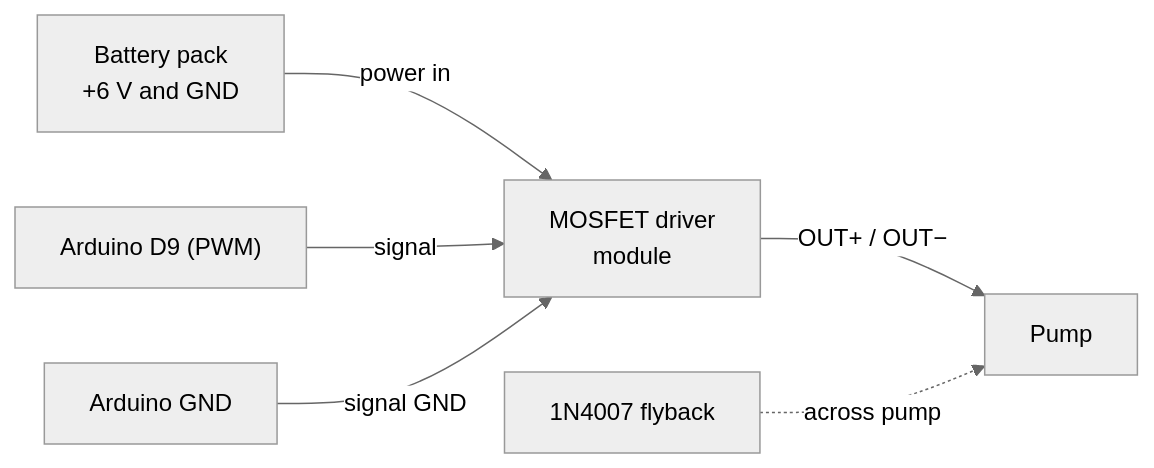
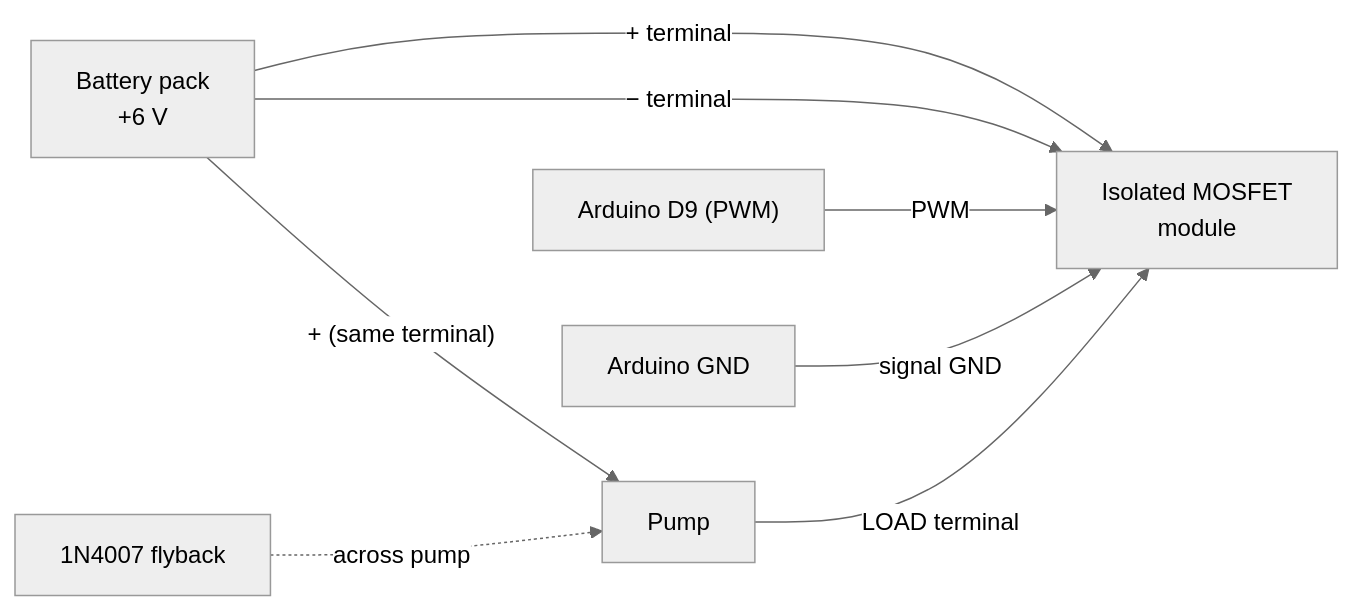
One commit to Rollie321/acads-notes changed the diagram in Feedback/Finals/Project/project-1/02-material-requirements.md. Above: the diagram before and after it, drawn with Mermaid (neutral theme). The commit also changed other lines of this file and 6 other files, not shown here.

Commit message:
update schematics for water-level-sensor

````diff
--- a/Feedback/Finals/Project/project-1/02-material-requirements.md
+++ b/Feedback/Finals/Project/project-1/02-material-requirements.md
@@ -146,8 +136,10 @@
 ```mermaid
 flowchart LR
-    BAT["Battery pack<br/>+6 V and GND"] -->|"power in"| DRV["MOSFET driver<br/>module"]
-    D9["Arduino D9 (PWM)"] -->|"signal"| DRV
+    BAT["Battery pack<br/>+6 V"] -->|"+ terminal"| DRV["Isolated MOSFET<br/>module"]
+    BAT -->|"− terminal"| DRV
+    D9["Arduino D9 (PWM)"] -->|"PWM"| DRV
     NG["Arduino GND"] -->|"signal GND"| DRV
-    DRV -->|"OUT+ / OUT−"| PUMP["Pump"]
+    BAT -->|"+ (same terminal)"| PUMP["Pump"]
+    PUMP -->|"LOAD terminal"| DRV
     DIO["1N4007 flyback"] -.->|"across pump"| PUMP
 ```
````
